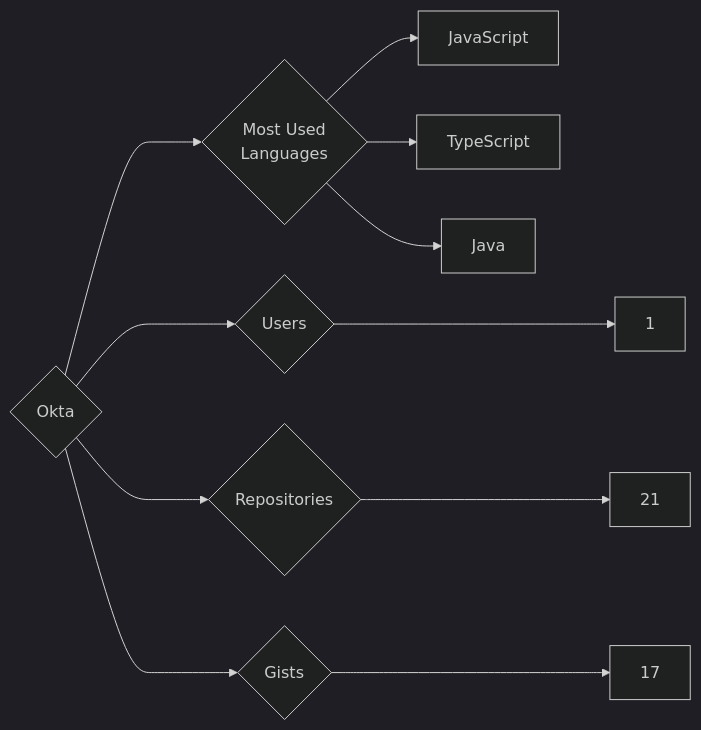
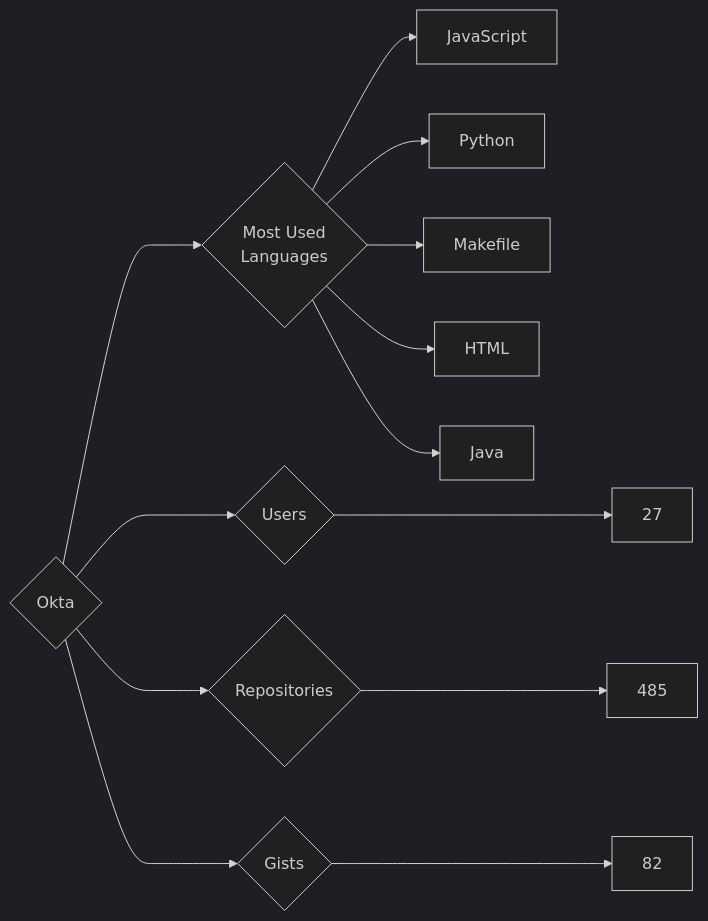
Before and after one commit to trickest/insiders: the diagram in targets/Okta/README.md, drawn with Mermaid (dark theme). The commit also changed 939 other files, not shown here.

````diff
--- a/targets/Okta/README.md
+++ b/targets/Okta/README.md
@@ -3,11 +3,13 @@
 ```mermaid
 graph LR
 COMPANY_NAME{Okta}
-COMPANY_NAME ---> U{Users} ---> UN[1]
-COMPANY_NAME ---> R{Repositories} ---> RN[21]
-COMPANY_NAME ---> G{Gists} ---> GN[17]
+COMPANY_NAME ---> U{Users} ---> UN[27]
+COMPANY_NAME ---> R{Repositories} ---> RN[485]
+COMPANY_NAME ---> G{Gists} ---> GN[82]
 COMPANY_NAME ---> ML{Most Used<br>Languages}
 ML --> JavaScript[JavaScript]
-ML --> TypeScript[TypeScript]
+ML --> Python[Python]
+ML --> Makefile[Makefile]
+ML --> HTML[HTML]
 ML --> Java[Java]
 ```
````
